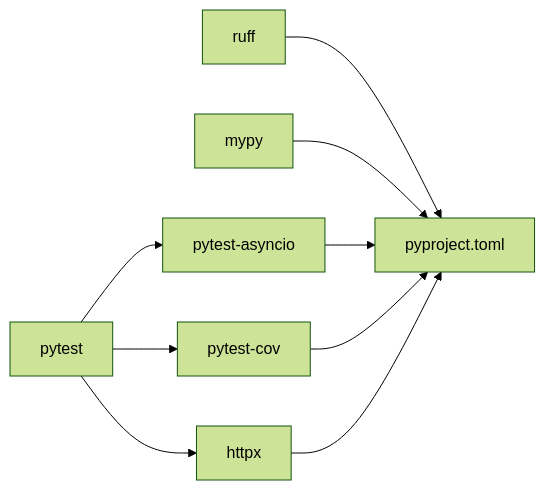
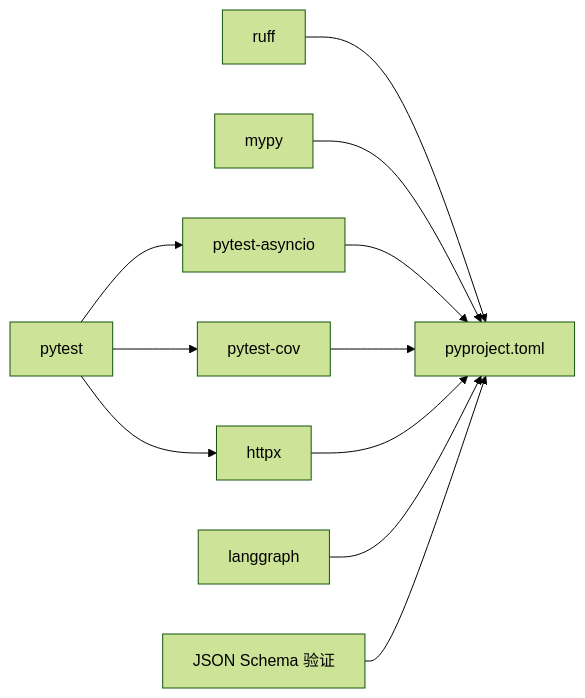
Before and after one commit to javelin-dot/llmine-quant: the seventh of 7 diagrams in .qoder/repowiki/zh/content/测试与质量保证/测试与质量保证.md, drawn with Mermaid (forest theme). The commit also changed other lines of this file and 19 other files, not shown here.

````diff
--- a/.qoder/repowiki/zh/content/测试与质量保证/测试与质量保证.md
+++ b/.qoder/repowiki/zh/content/测试与质量保证/测试与质量保证.md
@@ -272,11 +418,13 @@
 ```mermaid
 graph LR
 Py["pytest"] --> A1["pytest-asyncio"]
 Py --> A2["pytest-cov"]
 Py --> A3["httpx"]
 R["ruff"] --> T["pyproject.toml"]
 M["mypy"] --> T
 A1 --> T
 A2 --> T
 A3 --> T
+LG["langgraph"] --> T
+JSV["JSON Schema 验证"] --> T
 ```
````
